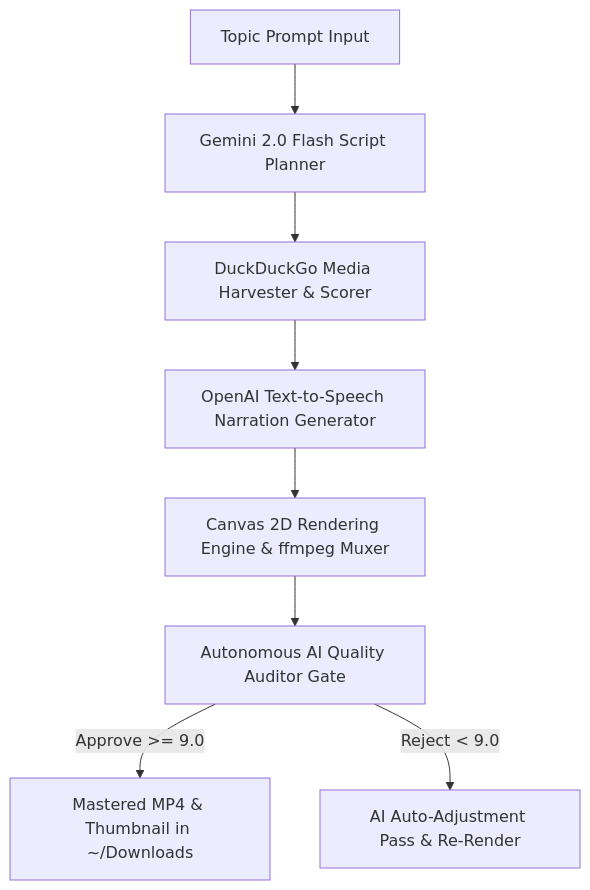
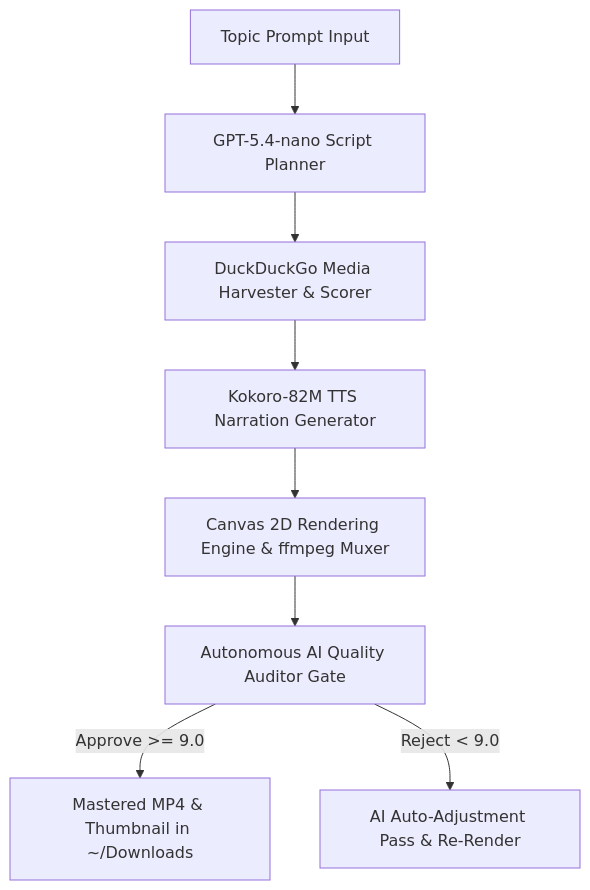
Before and after one commit to nickaisbitt/AutoTube: the diagram in SYSTEM_CONTEXT.md, drawn with Mermaid. The commit also changed other lines of this file, not shown here.

````diff
--- a/SYSTEM_CONTEXT.md
+++ b/SYSTEM_CONTEXT.md
@@ -11,10 +11,10 @@
 ```mermaid
 graph TD
-  A[Topic Prompt Input] --> B[Gemini 2.0 Flash Script Planner]
+  A[Topic Prompt Input] --> B[GPT-5.4-nano Script Planner]
   B --> C[DuckDuckGo Media Harvester & Scorer]
-  C --> D[OpenAI Text-to-Speech Narration Generator]
+  C --> D[Kokoro-82M TTS Narration Generator]
   D --> E[Canvas 2D Rendering Engine & ffmpeg Muxer]
   E --> F[Autonomous AI Quality Auditor Gate]
   F -- Approve >= 9.0 --> G[Mastered MP4 & Thumbnail in ~/Downloads]
   F -- Reject < 9.0 --> H[AI Auto-Adjustment Pass & Re-Render]
 ```
````
